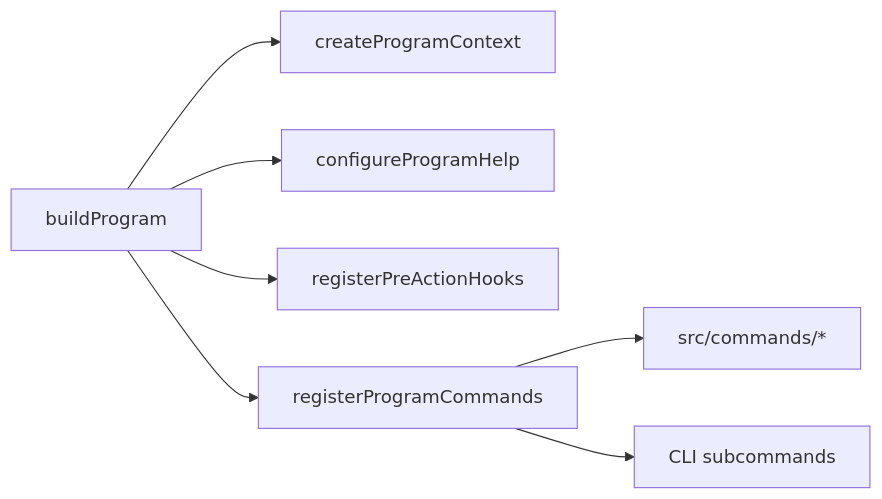
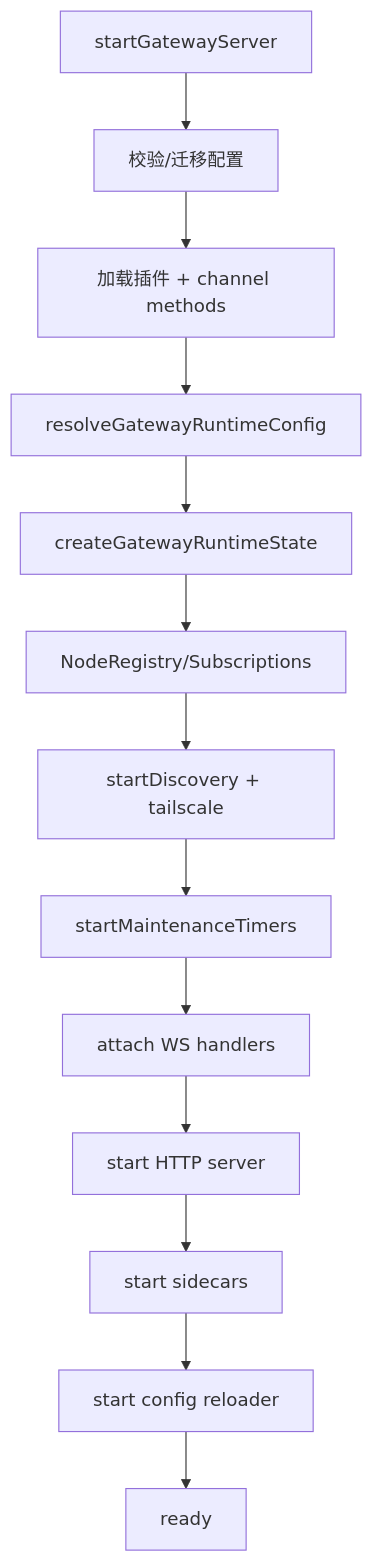
The second of 6 diagrams in notes/core_flows.md (NEDONION/openclaw), drawn with Mermaid before and after one commit. The commit also changed other lines of this file and 5 other files, not shown here.

````diff
--- a/notes/core_flows.md
+++ b/notes/core_flows.md
@@ -29,9 +27,15 @@
 ```mermaid
-flowchart LR
-  A[buildProgram] --> B[createProgramContext]
-  A --> C[configureProgramHelp]
-  A --> D[registerPreActionHooks]
-  A --> E[registerProgramCommands]
-  E --> F[src/commands/*]
-  E --> G[CLI subcommands]
+flowchart TD
+  A[startGatewayServer] --> B[校验/迁移配置]
+  B --> C[加载插件 + channel methods]
+  C --> D[resolveGatewayRuntimeConfig]
+  D --> E[createGatewayRuntimeState]
+  E --> F[NodeRegistry/Subscriptions]
+  F --> G[startDiscovery + tailscale]
+  G --> H[startMaintenanceTimers]
+  H --> I[attach WS handlers]
+  I --> J[start HTTP server]
+  J --> K[start sidecars]
+  K --> L[start config reloader]
+  L --> M[ready]
 ```
````
